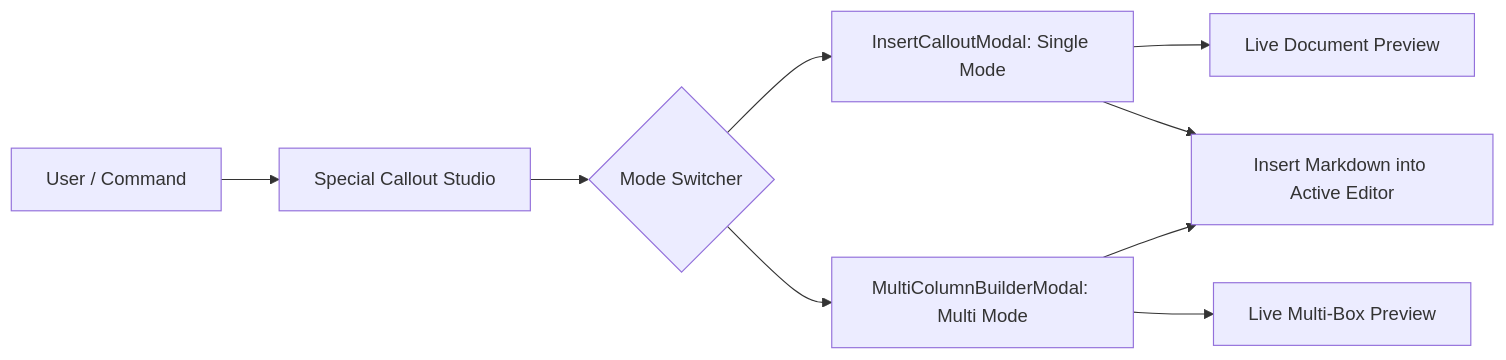
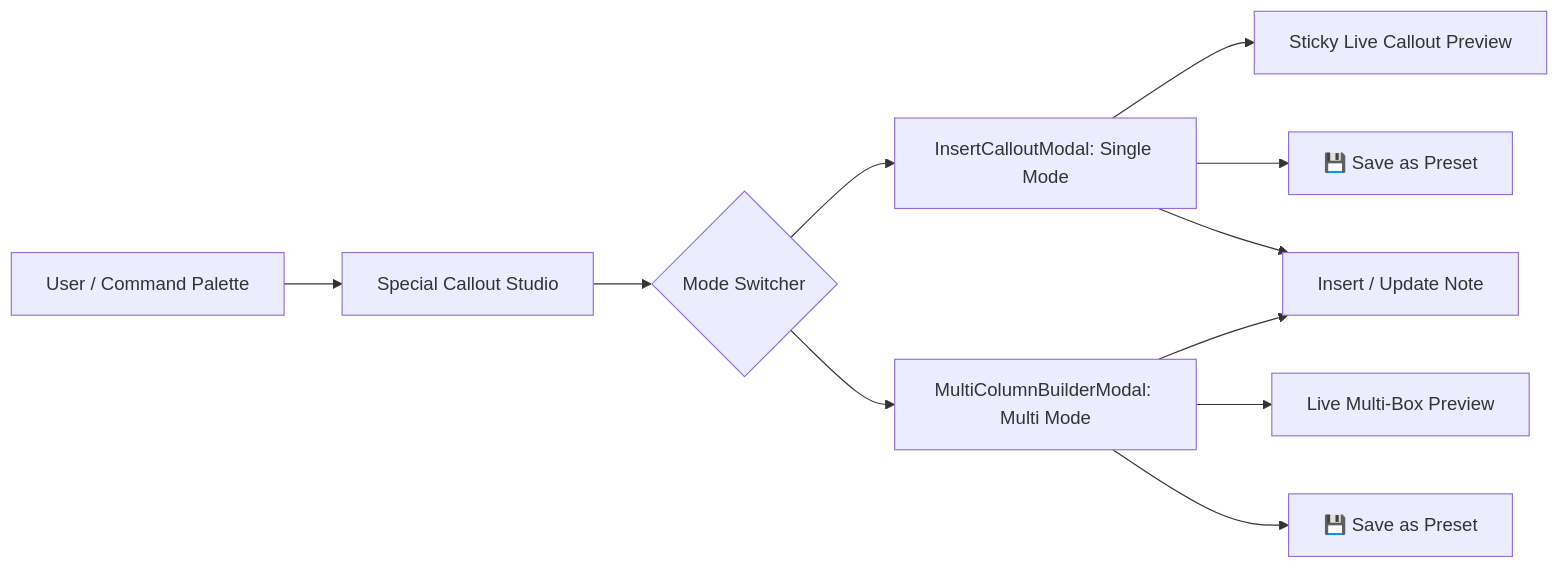
Before and after one commit to RohitNahar-Offical/special-callouts: the diagram in docs/ui-and-modals/01-studio-and-builders.md, drawn with Mermaid. The commit also changed other lines of this file and 4 other files, not shown here.

Commit message:
docs: update architecture, UI, and feature documentation for v2.0.0

````diff
--- a/docs/ui-and-modals/01-studio-and-builders.md
+++ b/docs/ui-and-modals/01-studio-and-builders.md
@@ -7,13 +7,16 @@
 ```mermaid
 graph LR
-    User[User / Command] --> Studio[Special Callout Studio]
+    User[User / Command Palette] --> Studio[Special Callout Studio]
     Studio --> ModeSwitch{Mode Switcher}
     ModeSwitch --> Single[InsertCalloutModal: Single Mode]
     ModeSwitch --> Multi[MultiColumnBuilderModal: Multi Mode]
     
-    Single --> LivePreview1[Live Document Preview]
+    Single --> LivePreview1[Sticky Live Callout Preview]
     Multi --> LivePreview2[Live Multi-Box Preview]
     
-    Single --> Insert[Insert Markdown into Active Editor]
+    Single --> SavePreset1[💾 Save as Preset]
+    Multi --> SavePreset2[💾 Save as Preset]
+    
+    Single --> Insert[Insert / Update Note]
     Multi --> Insert
 ```
````
